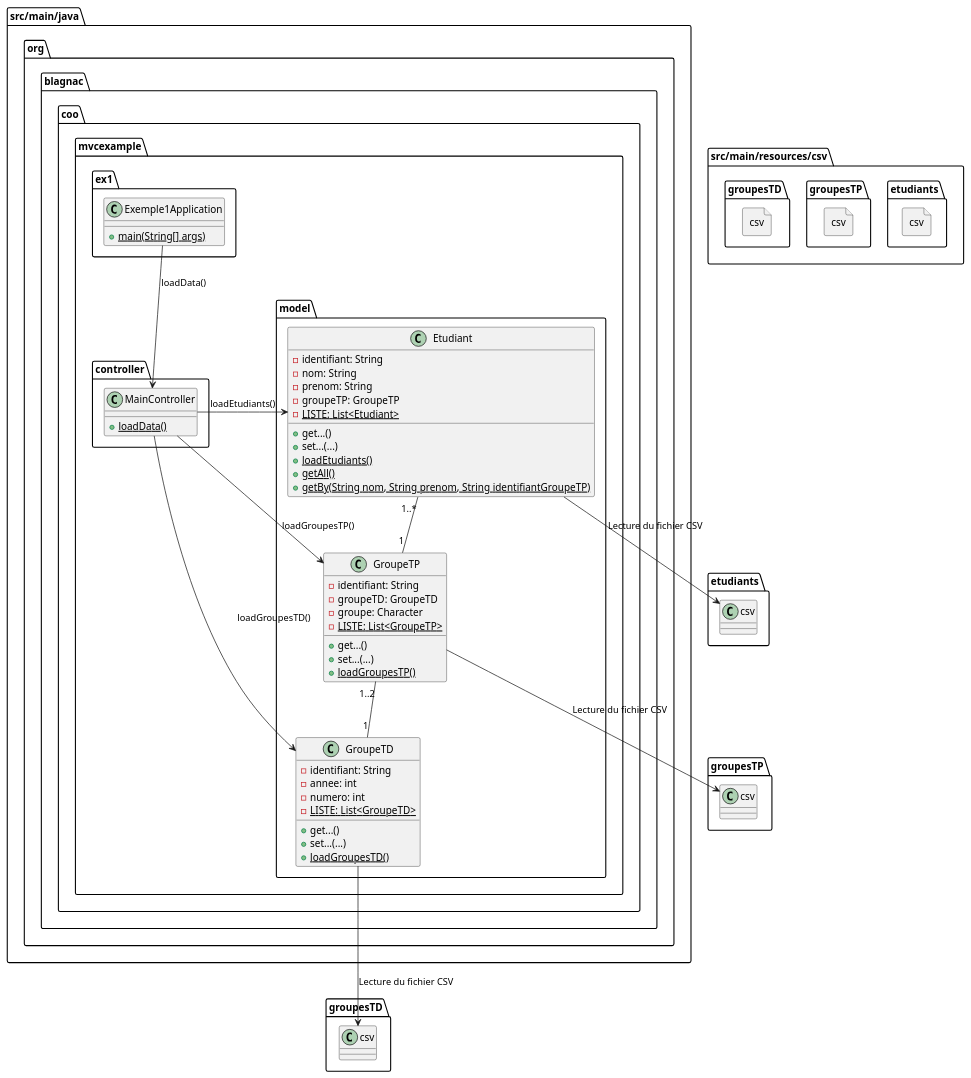
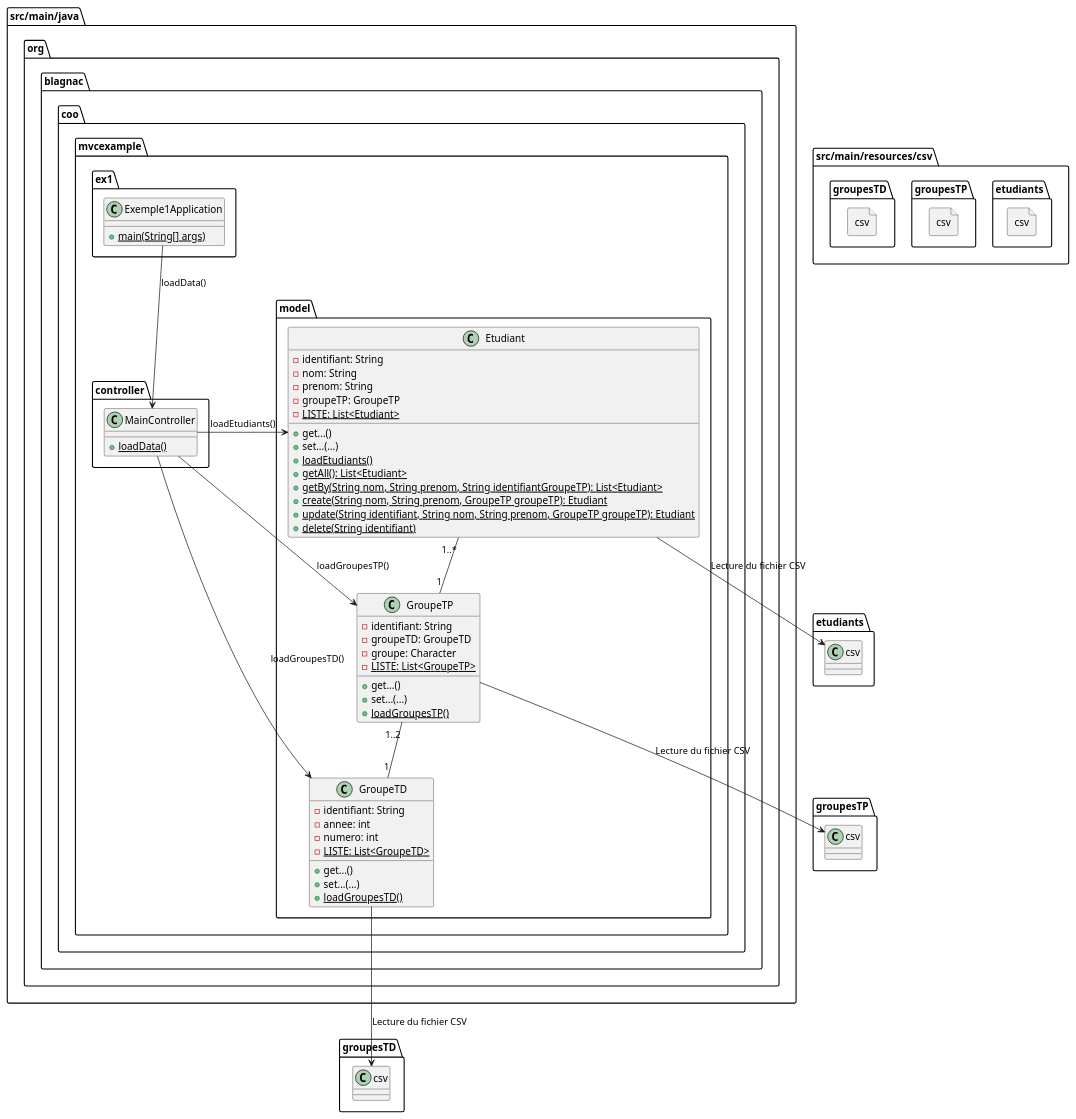
The third of 5 diagrams in src/main/doc/readme.adoc (tgoubin/mvc-example), drawn with PlantUML before and after one commit. The commit also changed other lines of this file and 2 other files, not shown here.

```diff
--- a/src/main/doc/readme.adoc
+++ b/src/main/doc/readme.adoc
@@ -150,77 +154,80 @@
 [plantuml, "stockage-infos", png]  
 ----
 @startuml
 
 folder "src/main/java" {
     package org.blagnac.coo.mvcexample.ex1 {
         class Exemple1Application {
             + {static} main(String[] args)
         }
     }
     
     package org.blagnac.coo.mvcexample.controller {
         class MainController {
             + {static} loadData()
         }
     }
     
     package org.blagnac.coo.mvcexample.model {
         class Etudiant {
             - identifiant: String
             - nom: String
             - prenom: String
             - groupeTP: GroupeTP
             - {static} LISTE: List<Etudiant>
             + get...()
             + set...(...)
             + {static} loadEtudiants()
-            + {static} getAll()
-            + {static} getBy(String nom, String prenom, String identifiantGroupeTP)
+            + {static} getAll(): List<Etudiant>
+            + {static} getBy(String nom, String prenom, String identifiantGroupeTP): List<Etudiant>
+            + {static} create(String nom, String prenom, GroupeTP groupeTP): Etudiant
+            + {static} update(String identifiant, String nom, String prenom, GroupeTP groupeTP): Etudiant
+            + {static} delete(String identifiant)
         }
         
         class GroupeTP {
             - identifiant: String
             - groupeTD: GroupeTD
             - groupe: Character
             - {static} LISTE: List<GroupeTP>
             + get...()
             + set...(...)
             + {static} loadGroupesTP()
         }
         
         class GroupeTD {
             - identifiant: String
             - annee: int
             - numero: int
             - {static} LISTE: List<GroupeTD>
             + get...()
             + set...(...)
             + {static} loadGroupesTD()
         }
     }
 }
 
 folder "src/main/resources/csv" {
     file etudiants.csv {
     }
     
     file groupesTP.csv {
     }
     
     file groupesTD.csv {
     }
 }
 
 Exemple1Application --> MainController: loadData()
 MainController -> Etudiant: loadEtudiants()
 MainController -> GroupeTP: loadGroupesTP()
 MainController -> GroupeTD: loadGroupesTD()
 
 Etudiant "1..*" -- "1" GroupeTP
 GroupeTP "1..2" -- "1" GroupeTD
 Etudiant --> etudiants.csv: Lecture du fichier CSV
 GroupeTP --> groupesTP.csv: Lecture du fichier CSV
 GroupeTD --> groupesTD.csv: Lecture du fichier CSV
 
 @enduml
 ----
```
